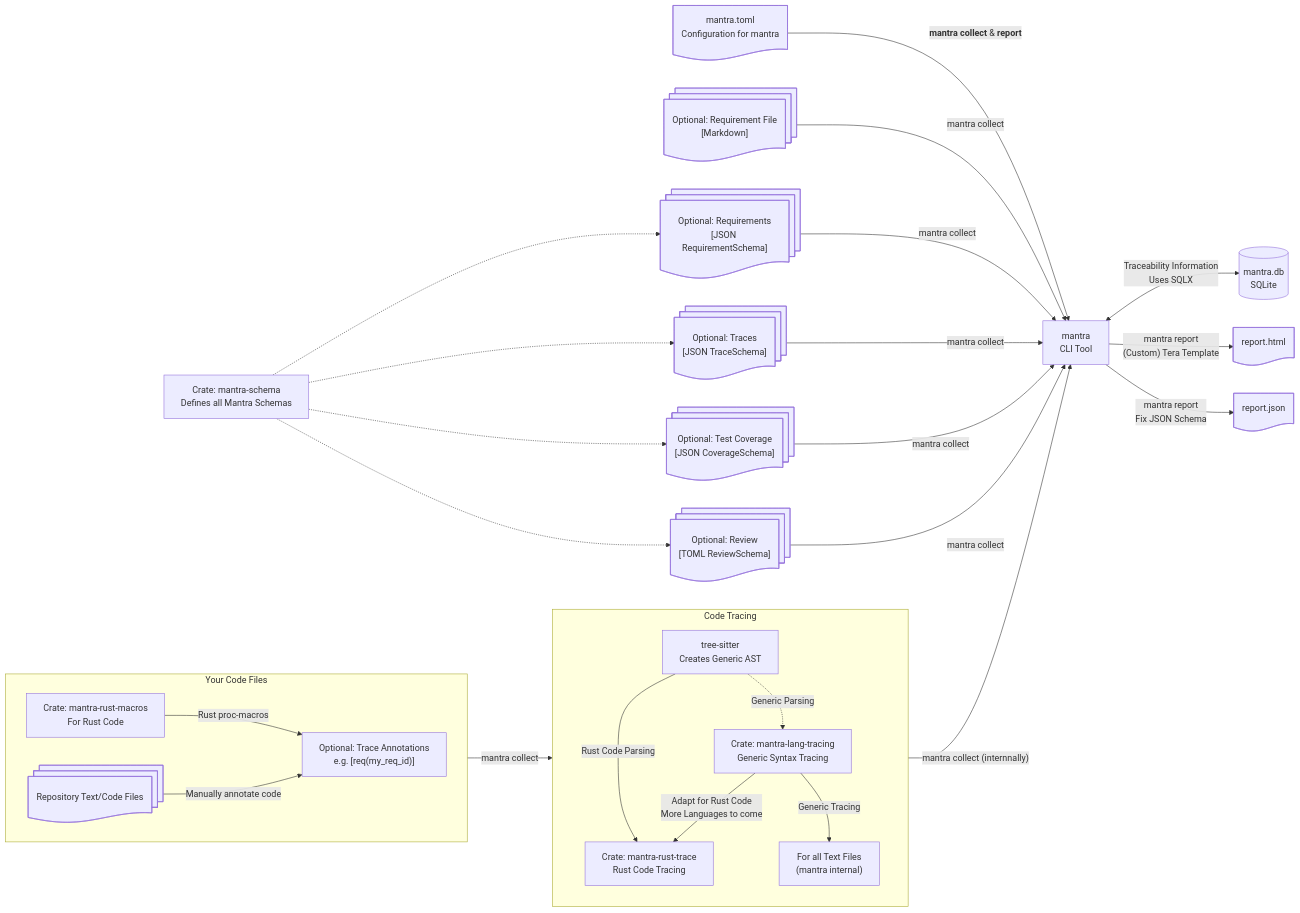
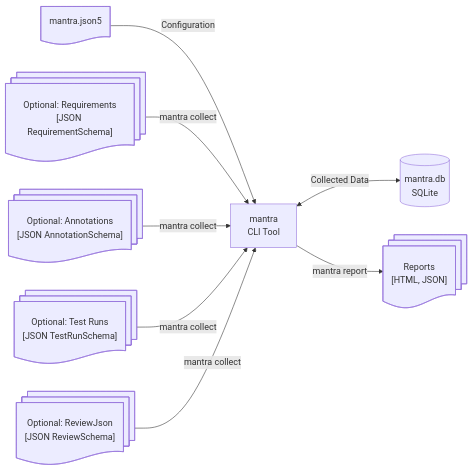
The diagram in 4-System-Views/4-System-Views.md (mhatzl/mantra-wiki), drawn with Mermaid before and after one commit. The commit also changed other lines of this file, not shown here.

Commit message:
Simplify architecture flowchart

````diff
--- a/4-System-Views/4-System-Views.md
+++ b/4-System-Views/4-System-Views.md
@@ -3,30 +3,18 @@
 ```mermaid
-flowchart LR
-    
-    Repo@{ shape: docs, label: "Repository Text/Code Files"}
-
-    Annotation["Optional: Trace Annotations
-    e.g. [req(my_req_id)]"]
-    RustAnnotations["Crate: mantra-rust-macros
-    For Rust Code"]
-    
-    MantraCfg@{ shape: doc, label: "mantra.toml
-    Configuration for mantra"}
-    
-    ReqFile@{ shape: docs, label: "Optional: Requirement File
-    [Markdown]"}
+flowchart LR  
+    MantraCfg@{ shape: doc, label: "mantra.json5"}
 
     ReqJson@{ shape: docs, label: "Optional: Requirements
     [JSON RequirementSchema]"}
 
-    TraceJson@{ shape: docs, label: "Optional: Traces
-    [JSON TraceSchema]"}
+    AnnotationJson@{ shape: docs, label: "Optional: Annotations
+    [JSON AnnotationSchema]"}
 
-    TestCoverage@{ shape: docs, label: "Optional: Test Coverage
-    [JSON CoverageSchema]"}
+    TestRunJson@{ shape: docs, label: "Optional: Test Runs
+    [JSON TestRunSchema]"}
 
-    Review@{ shape: docs, label: "Optional: Review
-    [TOML ReviewSchema]"}
+    ReviewJson@{ shape: docs, label: "Optional: ReviewJson
+    [JSON ReviewSchema]"}
 
     Mantra["mantra
     CLI Tool"]
@@ -34,61 +22,16 @@
     db[("mantra.db
     SQLite")]
 
-    Report@{ shape: doc, label: "report.html"}
-    ReportJson@{ shape: doc, label: "report.json"}
+    MantraCfg-->|"Configuration"|Mantra
+    ReqJson-->|mantra collect|Mantra
+    AnnotationJson-->|mantra collect|Mantra
+    TestRunJson-->|mantra collect|Mantra
+    ReviewJson-->|mantra collect|Mantra
 
-    MantraSchema["Crate: mantra-schema
-    Defines all Mantra Schemas"]
+    Mantra<-->|"Collected Data"|db
 
-    LangTracing["Crate: mantra-lang-tracing
-    Generic Syntax Tracing"]
-    RustTracing["Crate: mantra-rust-trace
-    Rust Code Tracing"]
+    Report@{ shape: docs, label: "Reports
+    [HTML, JSON]"}
 
-    subgraph ct[Code Tracing]
-        direction TB
-
-        TreeSitter["tree-sitter
-        Creates Generic AST"]
-        GenericTracing["For all Text Files
-        (mantra internal)"]
-
-        TreeSitter-.->|"Generic Parsing"|LangTracing
-        TreeSitter-->|"Rust Code Parsing"|RustTracing
-
-        LangTracing-->|"Adapt for Rust Code
-        More Languages to come"|RustTracing
-
-        LangTracing-->|Generic Tracing|GenericTracing
-    end
-
-    subgraph Your Code Files
-        direction LR
-
-        RustAnnotations-->|Rust proc-macros|Annotation
-        Repo-->|Manually annotate code|Annotation
-    end
-
-    Annotation-->|mantra collect|ct
-    ct-->|"mantra collect (internnally)"|Mantra
-
-    MantraSchema-.->ReqJson
-    MantraSchema-.->TraceJson
-    MantraSchema-.->TestCoverage
-    MantraSchema-.->Review
-
-    MantraCfg-->|"`**mantra collect** & **report**`"|Mantra
-    ReqFile-->|mantra collect|Mantra
-    ReqJson-->|mantra collect|Mantra
-    TraceJson-->|mantra collect|Mantra
-    TestCoverage-->|mantra collect|Mantra
-    Review-->|mantra collect|Mantra
-
-    Mantra<-->|"Traceability Information
-    Uses SQLX"|db
-
-    Mantra-->|"mantra report
-    (Custom) Tera Template"|Report
-    Mantra-->|"mantra report
-    Fix JSON Schema"|ReportJson
+    Mantra-->|"mantra report"|Report
 ```
````
